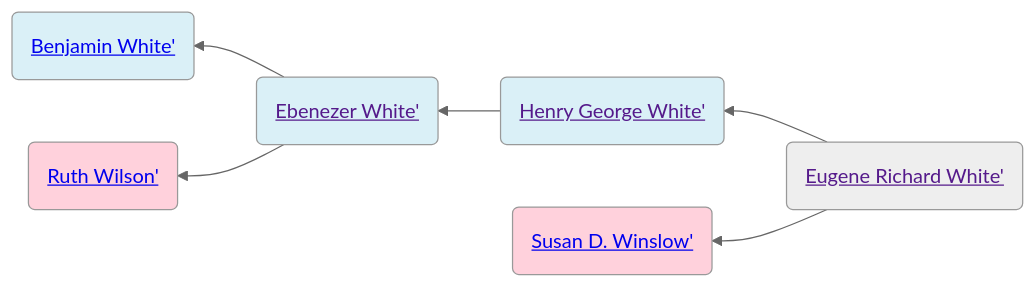
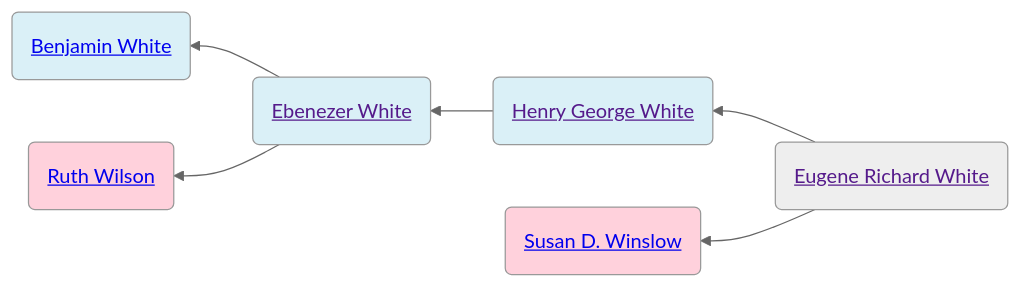
One commit to neelsmith/avocational changed the diagram in familyhistory/sources/people/Merrill-line/White-line/Eugene_Richard_White.qmd. Above: the diagram before and after it, drawn with Mermaid (neutral theme). The commit also changed 96 other files, not shown here.

````diff
--- a/familyhistory/sources/people/Merrill-line/White-line/Eugene_Richard_White.qmd
+++ b/familyhistory/sources/people/Merrill-line/White-line/Eugene_Richard_White.qmd
@@ -19,18 +19,18 @@
 ```{mermaid}
 graph RL
 %% RL ancestor diagram
-Eugene_Richard_White(<a href=''>Eugene Richard White'</>) -->  Henry_George_White(<a href='./Henry_George_White.html'>Henry George White'</>)
-Henry_George_White(<a href=''>Henry George White'</>) -->  Ebenezer_White(<a href='./Ebenezer_White.html'>Ebenezer White'</>)
-Ebenezer_White(<a href=''>Ebenezer White'</>) -->  Benjamin_White(<a href='./Benjamin_White.html'>Benjamin White'</>)
+Eugene_Richard_White(<a href=''>Eugene Richard White</a>) -->  Henry_George_White(<a href='./Henry_George_White.html'>Henry George White</a>)
+Henry_George_White(<a href=''>Henry George White</a>) -->  Ebenezer_White(<a href='./Ebenezer_White.html'>Ebenezer White</a>)
+Ebenezer_White(<a href=''>Ebenezer White</a>) -->  Benjamin_White(<a href='./Benjamin_White.html'>Benjamin White</a>)
 class Benjamin_White father
-Ebenezer_White(<a href=''>Ebenezer White'</>)  --> Ruth_Wilson(<a href='./Wilson-line/Ruth_Wilson.html'>Ruth Wilson'</>)
+Ebenezer_White(<a href=''>Ebenezer White</a>)  --> Ruth_Wilson(<a href='./Wilson-line/Ruth_Wilson.html'>Ruth Wilson</a>)
 class Ruth_Wilson mother
 class Ebenezer_White father
 class Henry_George_White father
-Eugene_Richard_White(<a href=''>Eugene Richard White'</>)  --> Susan_D._Winslow(<a href='./Susan_D._Winslow.html'>Susan D. Winslow'</>)
+Eugene_Richard_White(<a href=''>Eugene Richard White</a>)  --> Susan_D._Winslow(<a href='./Susan_D._Winslow.html'>Susan D. Winslow</a>)
 class Susan_D._Winslow mother
 classDef mother fill:#ffd1dc
 classDef father fill:#daf0f7  
 classDef marriage fill:#ffffff
 
 ```
````
